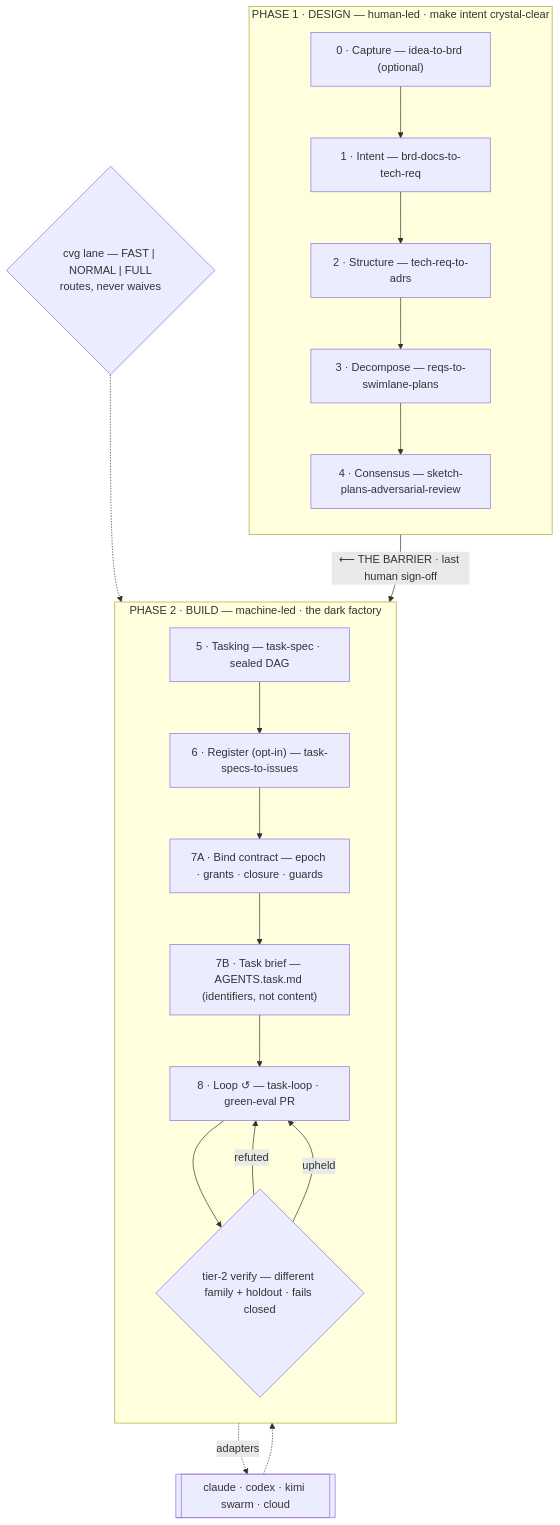
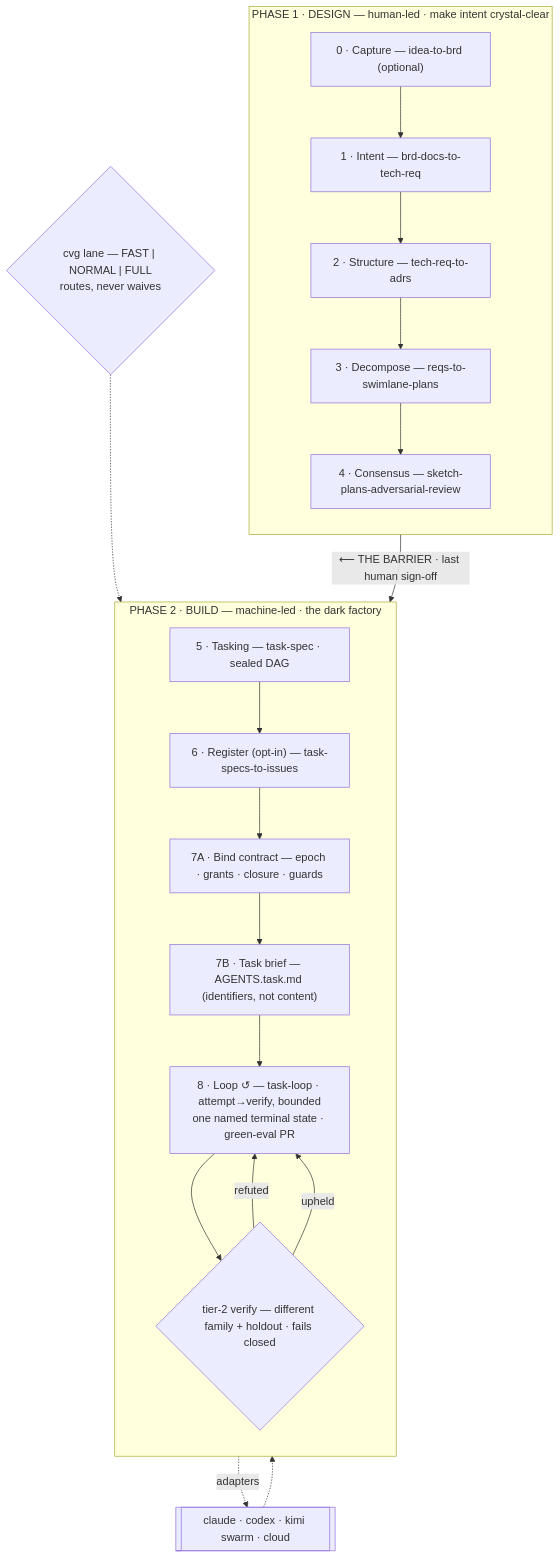
Before and after one commit to cb2204/converge: the diagram in README.md, drawn with Mermaid. The commit also changed other lines of this file and 18 other files, not shown here.

````diff
--- a/README.md
+++ b/README.md
@@ -84,28 +84,28 @@
 ```mermaid
 flowchart TB
   subgraph DESIGN["PHASE 1 · DESIGN — human-led · make intent crystal-clear"]
     direction TB
     P0["0 · Capture — idea-to-brd (optional)"]
     P1["1 · Intent — brd-docs-to-tech-req"]
     P2["2 · Structure — tech-req-to-adrs"]
     P3["3 · Decompose — reqs-to-swimlane-plans"]
     P4["4 · Consensus — sketch-plans-adversarial-review"]
     P0 --> P1 --> P2 --> P3 --> P4
   end
   P4 -->|"⟵ THE BARRIER · last human sign-off"| P5
   subgraph BUILD["PHASE 2 · BUILD — machine-led · the dark factory"]
     direction TB
     P5["5 · Tasking — task-spec · sealed DAG"]
     P6["6 · Register (opt-in) — task-specs-to-issues"]
     P7["7A · Bind contract — epoch · grants · closure · guards"]
     P7B["7B · Task brief — AGENTS.task.md (identifiers, not content)"]
-    P8["8 · Loop ↺ — task-loop · green-eval PR"]
+    P8["8 · Loop ↺ — task-loop · attempt→verify, bounded<br/>one named terminal state · green-eval PR"]
     VER{"tier-2 verify — different family + holdout · fails closed"}
     P5 --> P6 --> P7 --> P7B --> P8 --> VER
   end
   LANE{"cvg lane — FAST | NORMAL | FULL<br/>routes, never waives"} -.-> P5
   P7B -.->|"adapters"| H[["claude · codex · kimi swarm · cloud"]]
   H -.-> P8
   VER -->|refuted| P8
   VER -->|upheld| P8
 ```
````
